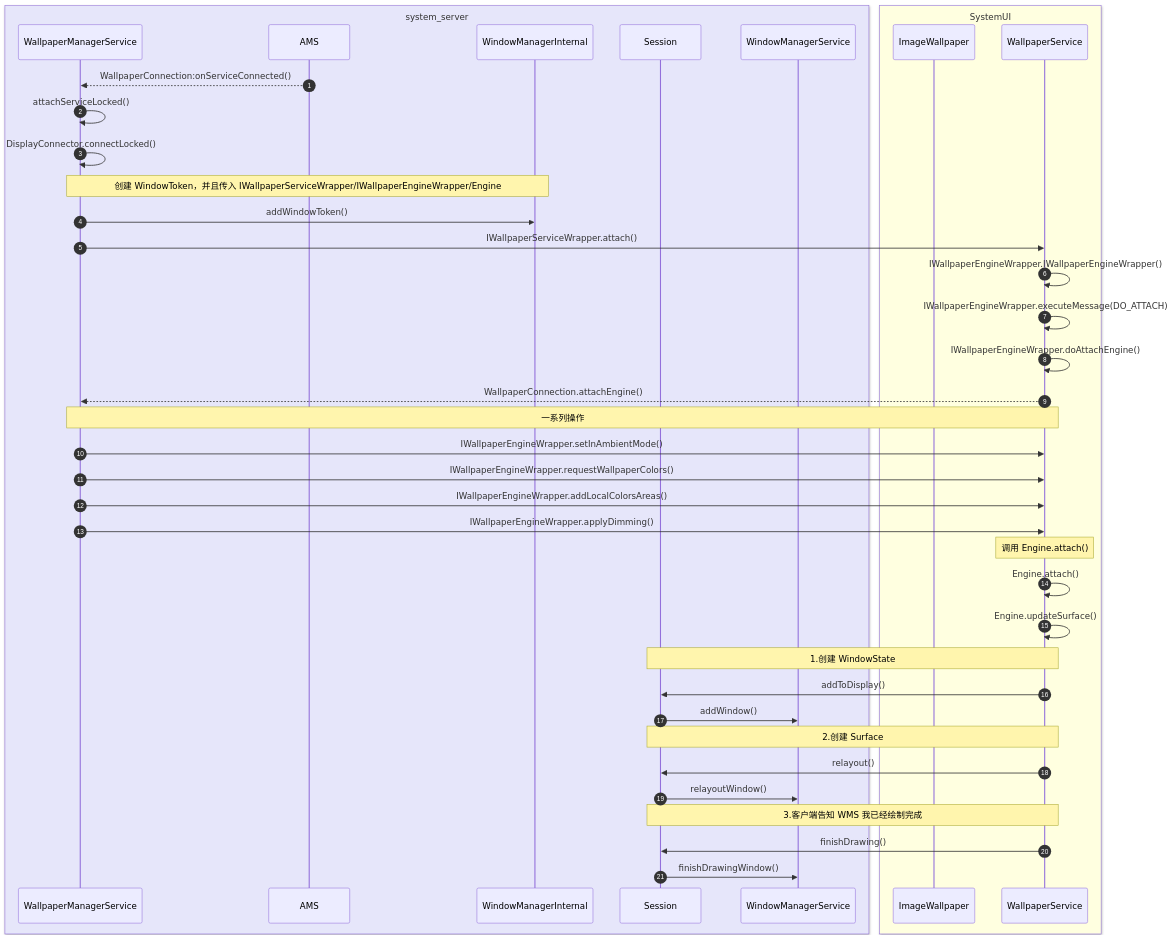
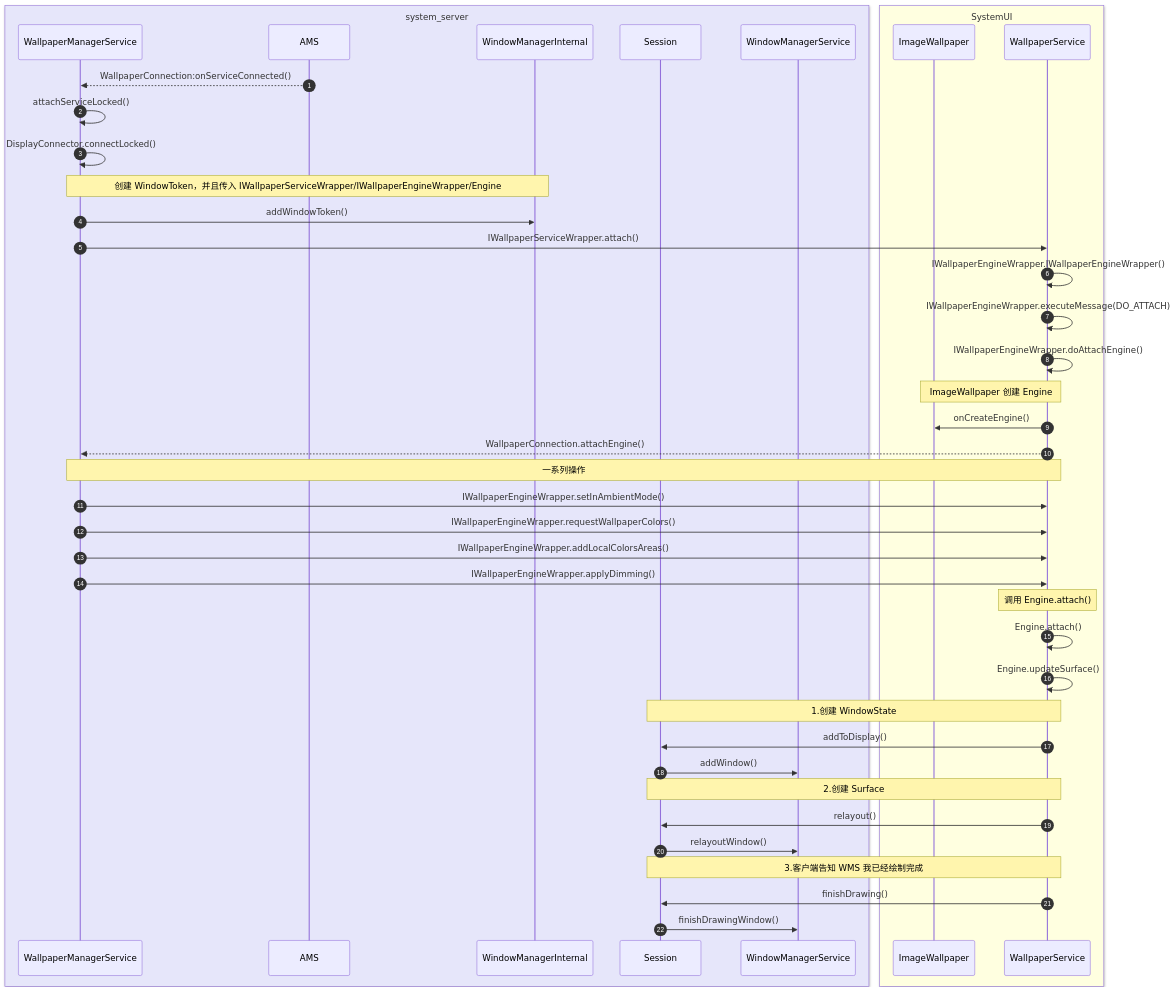
Before and after one commit to rangerzhou/rangerzhou.github.io: the second of 3 diagrams in source/_posts/Android/AndroidDevelop_040_FlashBlack.md, drawn with Mermaid. The commit also changed other lines of this file and 2 other files, not shown here.

````diff
--- a/source/_posts/Android/AndroidDevelop_040_FlashBlack.md
+++ b/source/_posts/Android/AndroidDevelop_040_FlashBlack.md
@@ -60,44 +69,46 @@
 ``` mermaid
 sequenceDiagram
 autonumber
 box Lavender system_server
 participant WallpaperManagerService
 participant AMS
 participant WindowManagerInternal
 participant Session
 participant WindowManagerService
 end
 
 box LightYellow SystemUI
 participant ImageWallpaper
 participant WallpaperService
 end
 
 AMS -->> WallpaperManagerService:WallpaperConnection:onServiceConnected()
 WallpaperManagerService ->> WallpaperManagerService:attachServiceLocked()
 WallpaperManagerService ->> WallpaperManagerService:DisplayConnector.connectLocked()
 Note over WallpaperManagerService, WindowManagerInternal:创建 WindowToken，并且传入 IWallpaperServiceWrapper/IWallpaperEngineWrapper/Engine
 WallpaperManagerService ->> WindowManagerInternal:addWindowToken()
 WallpaperManagerService ->> WallpaperService:IWallpaperServiceWrapper.attach()
 WallpaperService ->> WallpaperService:IWallpaperEngineWrapper.IWallpaperEngineWrapper()
 WallpaperService ->> WallpaperService:IWallpaperEngineWrapper.executeMessage(DO_ATTACH)
 WallpaperService ->> WallpaperService:IWallpaperEngineWrapper.doAttachEngine()
+Note over WallpaperService, ImageWallpaper:ImageWallpaper 创建 Engine
+WallpaperService ->> ImageWallpaper:onCreateEngine()
 WallpaperService -->> WallpaperManagerService:WallpaperConnection.attachEngine()
 Note over WallpaperManagerService, WallpaperService:一系列操作
 WallpaperManagerService ->> WallpaperService:IWallpaperEngineWrapper.setInAmbientMode()
 WallpaperManagerService ->> WallpaperService:IWallpaperEngineWrapper.requestWallpaperColors()
 WallpaperManagerService ->> WallpaperService:IWallpaperEngineWrapper.addLocalColorsAreas()
 WallpaperManagerService ->> WallpaperService:IWallpaperEngineWrapper.applyDimming()
 Note over WallpaperService, WallpaperService:调用 Engine.attach()
 WallpaperService ->> WallpaperService:Engine.attach()
 WallpaperService ->> WallpaperService:Engine.updateSurface()
 Note over WallpaperService, Session:1.创建 WindowState
 WallpaperService ->> Session:addToDisplay()
 Session ->> WindowManagerService:addWindow()
 Note over WallpaperService, Session:2.创建 Surface
 WallpaperService ->> Session:relayout()
 Session ->> WindowManagerService:relayoutWindow()
 Note over WallpaperService, Session:3.客户端告知 WMS 我已经绘制完成
 WallpaperService ->> Session:finishDrawing()
 Session ->> WindowManagerService:finishDrawingWindow()
 ```
````
